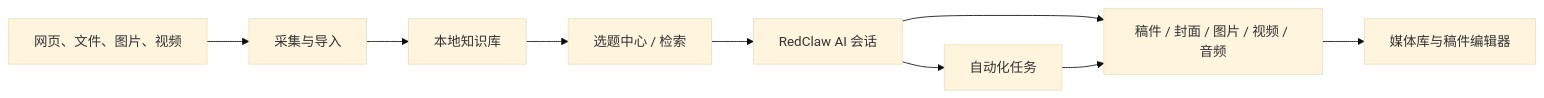
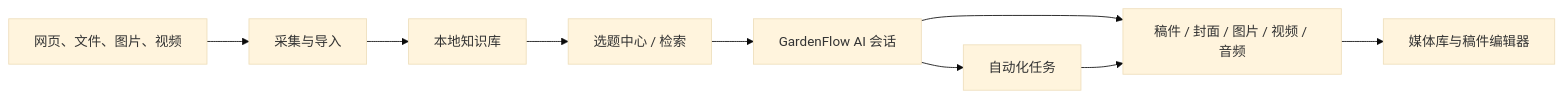
One commit to Garden12138/garden-flow changed the first of 2 diagrams in Docs/ARCHITECTURE.md. Above: the diagram before and after it, drawn with Mermaid (base theme). The commit also changed other lines of this file and 367 other files, not shown here.

Commit message:
Simplify application architecture and remove legacy code

````diff
--- a/Docs/ARCHITECTURE.md
+++ b/Docs/ARCHITECTURE.md
@@ -16,11 +16,11 @@
 ```mermaid
 flowchart LR
     A["网页、文件、图片、视频"] --> B["采集与导入"]
     B --> C["本地知识库"]
     C --> D["选题中心 / 检索"]
-    D --> E["RedClaw AI 会话"]
+    D --> E["GardenFlow AI 会话"]
     E --> F["稿件 / 封面 / 图片 / 视频 / 音频"]
     F --> G["媒体库与稿件编辑器"]
     E --> H["自动化任务"]
     H --> F
 ```
````
